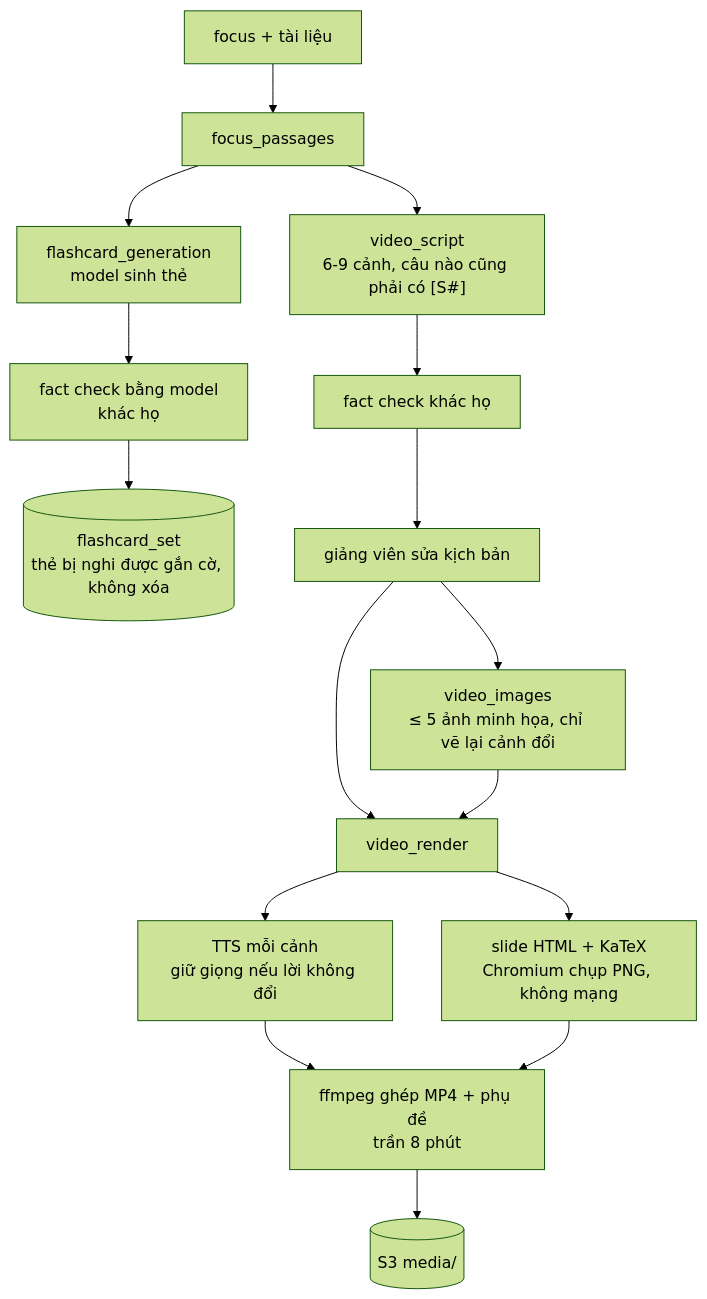
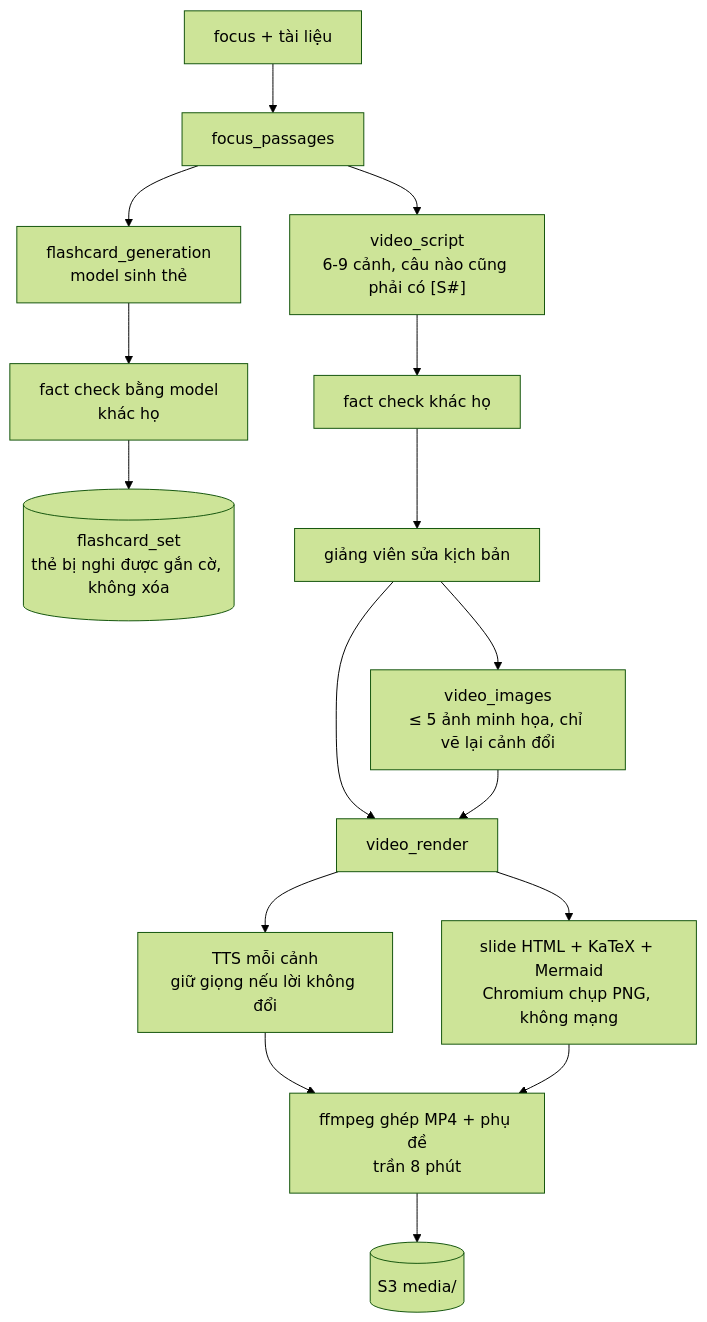
The eighth of 11 diagrams in docs/architecture/hld-lld.md (datduongabc/genai-microlearning), drawn with Mermaid (forest theme) before and after one commit. The commit also changed other lines of this file and 34 other files, not shown here.

````diff
--- a/docs/architecture/hld-lld.md
+++ b/docs/architecture/hld-lld.md
@@ -181,17 +181,17 @@
 ```mermaid
 flowchart TB
   F[focus + tài liệu] --> FP[focus_passages]
   FP --> FG[flashcard_generation<br/>model sinh thẻ]
   FG --> FC[fact check bằng model<br/>khác họ]
   FC --> FS[(flashcard_set<br/>thẻ bị nghi được gắn cờ, không xóa)]
   FP --> VS["video_script<br/>6-9 cảnh, câu nào cũng phải có [S#]"]
   VS --> VC[fact check khác họ]
   VC --> VE[giảng viên sửa kịch bản]
   VE --> VI[video_images<br/>≤ 5 ảnh minh họa, chỉ vẽ lại cảnh đổi]
   VE --> VR[video_render]
   VI --> VR
   VR --> TTS[TTS mỗi cảnh<br/>giữ giọng nếu lời không đổi]
-  VR --> SLD[slide HTML + KaTeX<br/>Chromium chụp PNG, không mạng]
+  VR --> SLD[slide HTML + KaTeX + Mermaid<br/>Chromium chụp PNG, không mạng]
   TTS & SLD --> FF[ffmpeg ghép MP4 + phụ đề<br/>trần 8 phút]
   FF --> S3[(S3 media/)]
 ```
````
